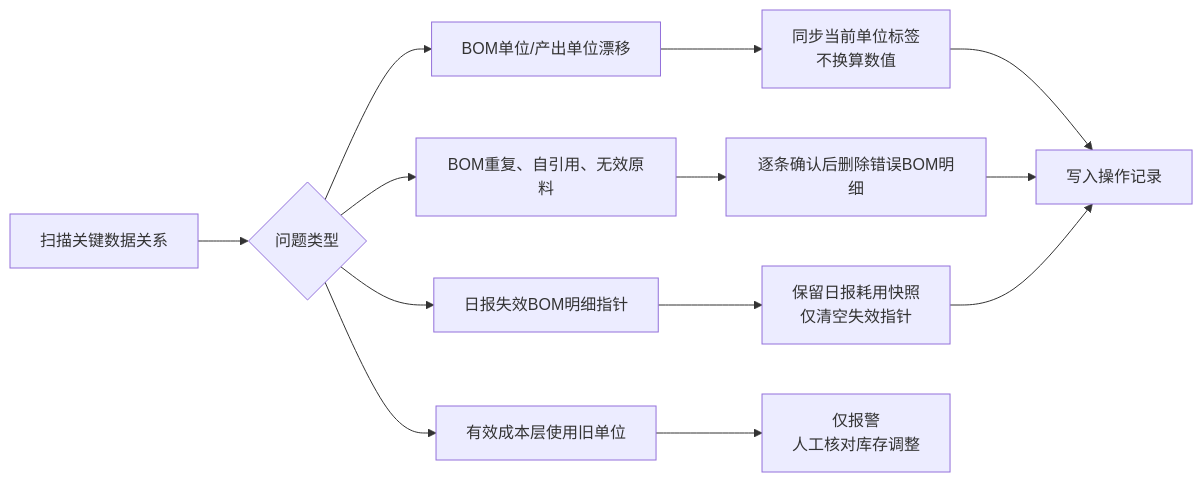
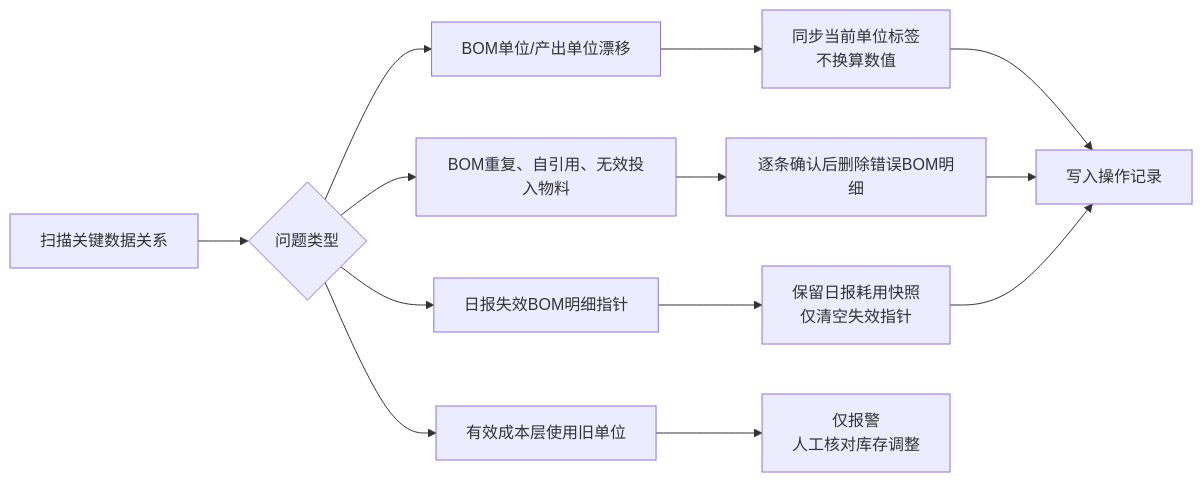
The fifth of 17 diagrams in docs/minierp/system-function-flow.md (goldf2/mes-lite), drawn with Mermaid before and after one commit. The commit also changed other lines of this file and 38 other files, not shown here.

````diff
--- a/docs/minierp/system-function-flow.md
+++ b/docs/minierp/system-function-flow.md
@@ -213,15 +213,15 @@
 ```mermaid
 flowchart LR
   A["扫描关键数据关系"] --> B{"问题类型"}
   B --> C["BOM单位/产出单位漂移"]
-  B --> D["BOM重复、自引用、无效原料"]
+  B --> D["BOM重复、自引用、无效投入物料"]
   B --> E["日报失效BOM明细指针"]
   B --> F["有效成本层使用旧单位"]
   C --> G["同步当前单位标签<br/>不换算数值"]
   D --> H["逐条确认后删除错误BOM明细"]
   E --> I["保留日报耗用快照<br/>仅清空失效指针"]
   F --> J["仅报警<br/>人工核对库存调整"]
   G --> K["写入操作记录"]
   H --> K
   I --> K
 ```
````
